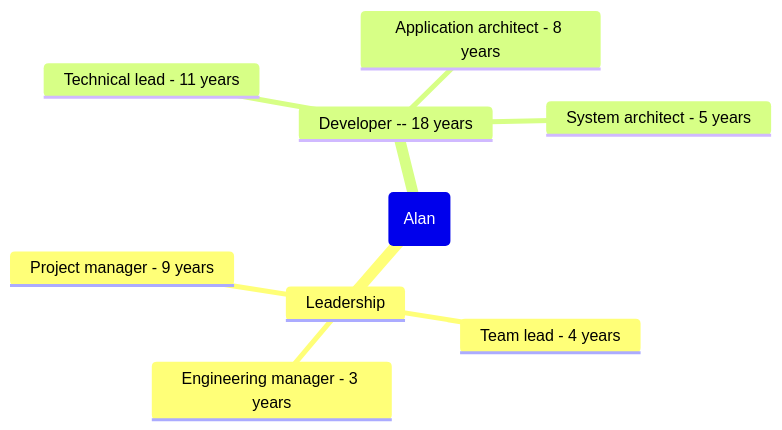
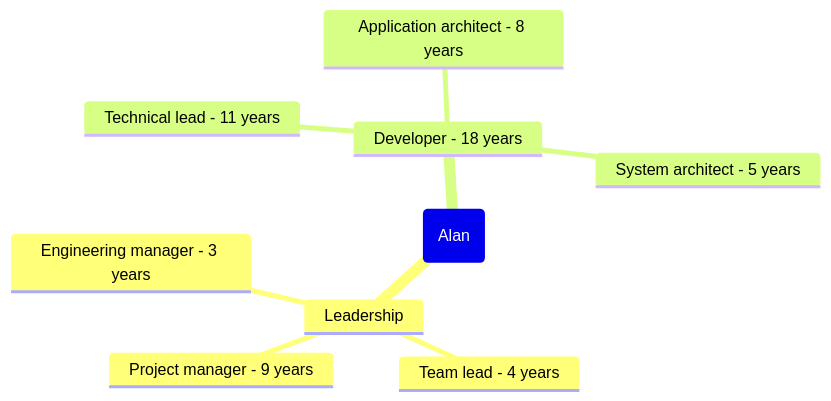
One commit to rayalan/binary-adages changed the diagram in content/pages/profile-experience-showcase.md. Above: the diagram before and after it, drawn with Mermaid. The commit also changed other lines of this file and 8 other files, not shown here.

````diff
--- a/content/pages/profile-experience-showcase.md
+++ b/content/pages/profile-experience-showcase.md
@@ -13,12 +13,12 @@
 ```mermaid
 mindmap
   root(Alan)
     Leadership
       Project manager - 9 years
       Team lead - 4 years
       Engineering manager - 3 years
-    Developer -- 18 years
+    Developer - 18 years
       Technical lead - 11 years
       Application architect - 8 years
       System architect - 5 years
 ```
````
